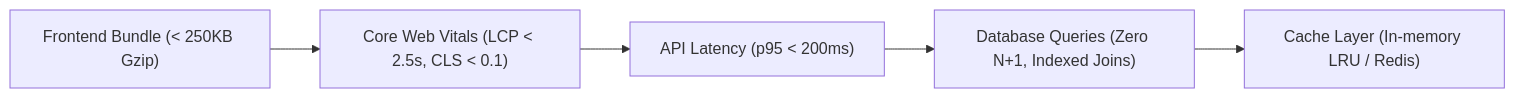
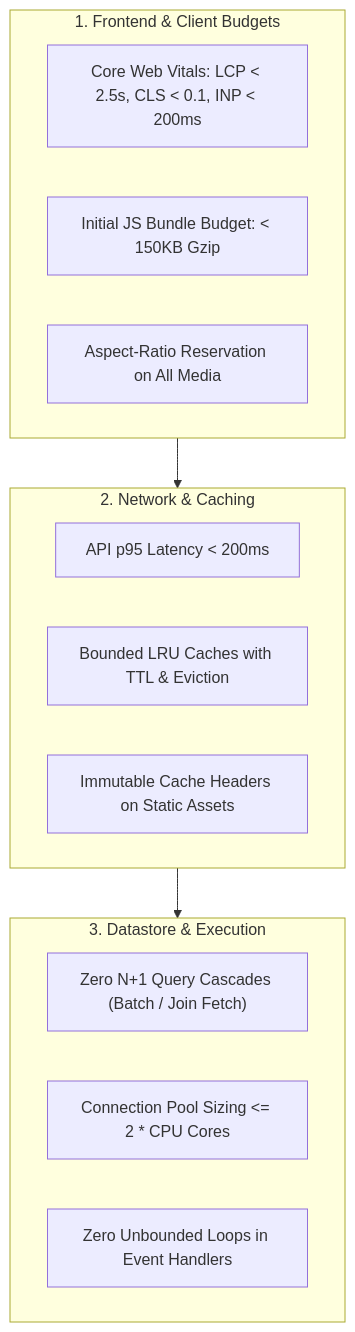
The diagram in skills/performance/SKILL.md (darknecrocities/SkillBuilder), drawn with Mermaid before and after one commit. The commit also changed other lines of this file and 3 other files, not shown here.

````diff
--- a/skills/performance/SKILL.md
+++ b/skills/performance/SKILL.md
@@ -16,7 +16,19 @@
 ```mermaid
-flowchart LR
-    A["Frontend Bundle (< 250KB Gzip)"] --> B["Core Web Vitals (LCP < 2.5s, CLS < 0.1)"]
-    B --> C["API Latency (p95 < 200ms)"]
-    C --> D["Database Queries (Zero N+1, Indexed Joins)"]
-    D --> E["Cache Layer (In-memory LRU / Redis)"]
+flowchart TD
+    subgraph FrontendBudgets["1. Frontend & Client Budgets"]
+        A["Core Web Vitals: LCP < 2.5s, CLS < 0.1, INP < 200ms"]
+        B["Initial JS Bundle Budget: < 150KB Gzip"]
+        C["Aspect-Ratio Reservation on All Media"]
+    end
+    subgraph NetworkBudgets["2. Network & Caching"]
+        D["API p95 Latency < 200ms"]
+        E["Bounded LRU Caches with TTL & Eviction"]
+        F["Immutable Cache Headers on Static Assets"]
+    end
+    subgraph DataBudgets["3. Datastore & Execution"]
+        G["Zero N+1 Query Cascades (Batch / Join Fetch)"]
+        H["Connection Pool Sizing <= 2 * CPU Cores"]
+        I["Zero Unbounded Loops in Event Handlers"]
+    end
+    FrontendBudgets --> NetworkBudgets --> DataBudgets
 ```
````
